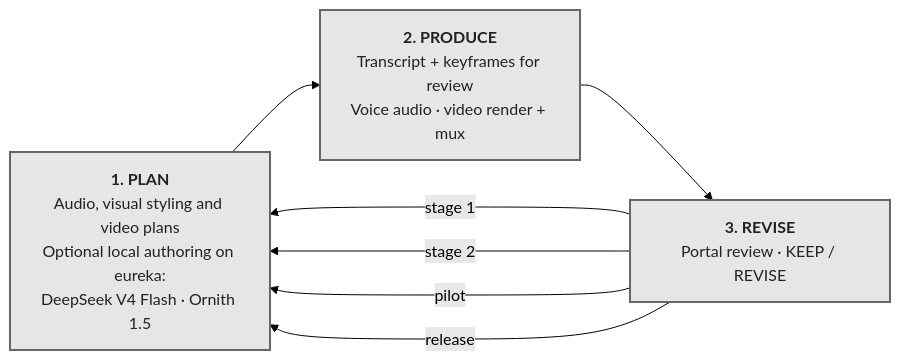
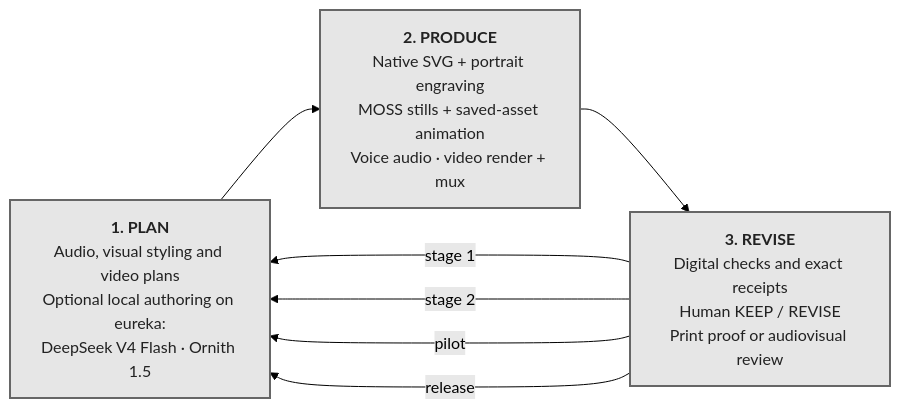
One commit to bdekoz/izzi.public changed the third of 3 diagrams in docs/workflows.md. Above: the diagram before and after it, drawn with Mermaid (forest theme). The commit also changed other lines of this file and 2630 other files, not shown here.

````diff
--- a/docs/workflows.md
+++ b/docs/workflows.md
@@ -315,14 +354,14 @@
 ```mermaid
 flowchart LR
     PLAN["<b>1. PLAN</b><br/>Audio, visual styling and video plans<br/>Optional local authoring on eureka:<br/>DeepSeek V4 Flash · Ornith 1.5"]
-    PRODUCE["<b>2. PRODUCE</b><br/>Transcript + keyframes for review<br/>Voice audio · video render + mux"]
-    REVIEW["<b>3. REVISE</b><br/>Portal review · KEEP / REVISE"]
+    PRODUCE["<b>2. PRODUCE</b><br/>Native SVG + portrait engraving<br/>MOSS stills + saved-asset animation<br/>Voice audio · video render + mux"]
+    REVIEW["<b>3. REVISE</b><br/>Digital checks and exact receipts<br/>Human KEEP / REVISE<br/>Print proof or audiovisual review"]
     PLAN --> PRODUCE
     PRODUCE --> REVIEW
     REVIEW -->|stage 1| PLAN
     REVIEW -->|stage 2| PLAN
     REVIEW -->|pilot| PLAN
     REVIEW -->|release| PLAN
     classDef local fill:#e6e6e6,stroke:#666666,color:#222222,stroke-width:2px
     class PLAN,PRODUCE,REVIEW local
 ```
````
